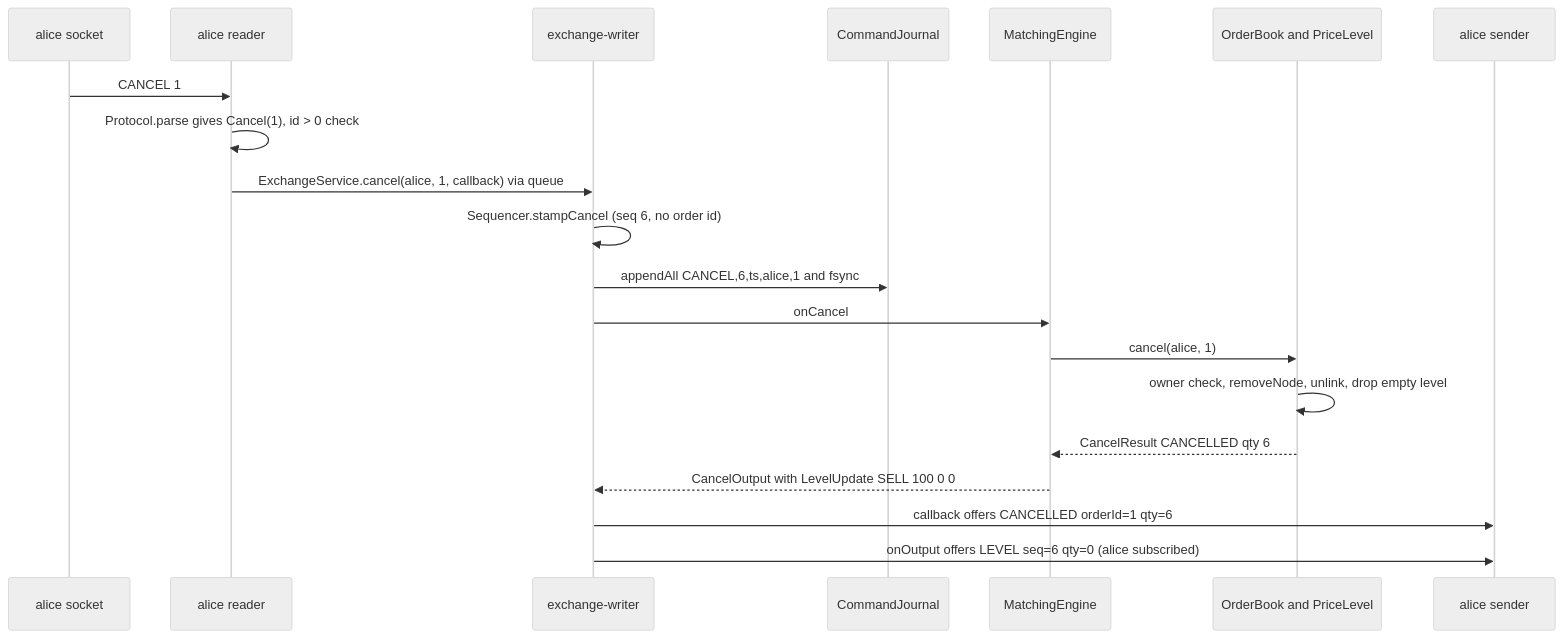
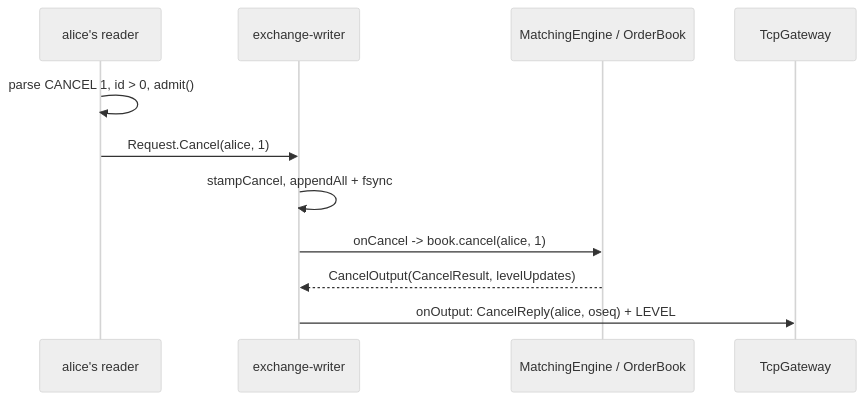
One commit to SampannaNampalli/ExchangeSystem changed the third of 4 diagrams in docs/understanding/05a-core-flows-trading.md. Above: the diagram before and after it, drawn with Mermaid (neutral theme). The commit also changed other lines of this file and 30 other files, not shown here.

````diff
--- a/docs/understanding/05a-core-flows-trading.md
+++ b/docs/understanding/05a-core-flows-trading.md
@@ -535,22 +343,13 @@
 ```mermaid
 sequenceDiagram
-    participant A as alice socket
-    participant AR as alice reader
+    participant R as alice's reader
     participant W as exchange-writer
-    participant J as CommandJournal
-    participant E as MatchingEngine
-    participant B as OrderBook and PriceLevel
-    participant AS as alice sender
-    A->>AR: CANCEL 1
-    AR->>AR: Protocol.parse gives Cancel(1), id > 0 check
-    AR->>W: ExchangeService.cancel(alice, 1, callback) via queue
-    W->>W: Sequencer.stampCancel (seq 6, no order id)
-    W->>J: appendAll CANCEL,6,ts,alice,1 and fsync
-    W->>E: onCancel
-    E->>B: cancel(alice, 1)
-    B->>B: owner check, removeNode, unlink, drop empty level
-    B-->>E: CancelResult CANCELLED qty 6
-    E-->>W: CancelOutput with LevelUpdate SELL 100 0 0
-    W->>AS: callback offers CANCELLED orderId=1 qty=6
-    W->>AS: onOutput offers LEVEL seq=6 qty=0 (alice subscribed)
+    participant E as MatchingEngine / OrderBook
+    participant G as TcpGateway
+    R->>R: parse CANCEL 1, id > 0, admit()
+    R->>W: Request.Cancel(alice, 1)
+    W->>W: stampCancel, appendAll + fsync
+    W->>E: onCancel -> book.cancel(alice, 1)
+    E-->>W: CancelOutput(CancelResult, levelUpdates)
+    W->>G: onOutput: CancelReply(alice, oseq) + LEVEL
 ```
````
